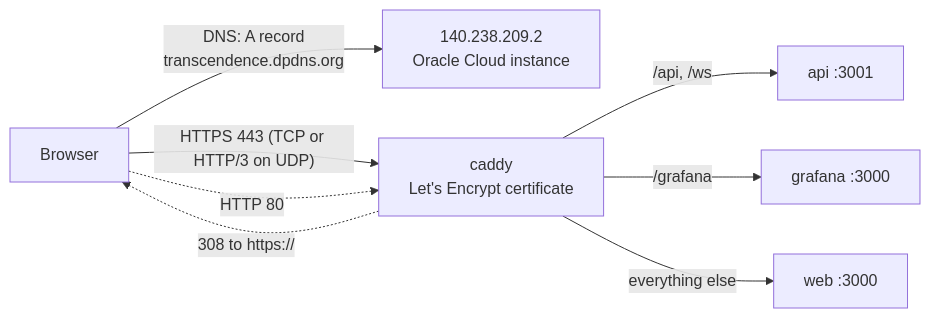
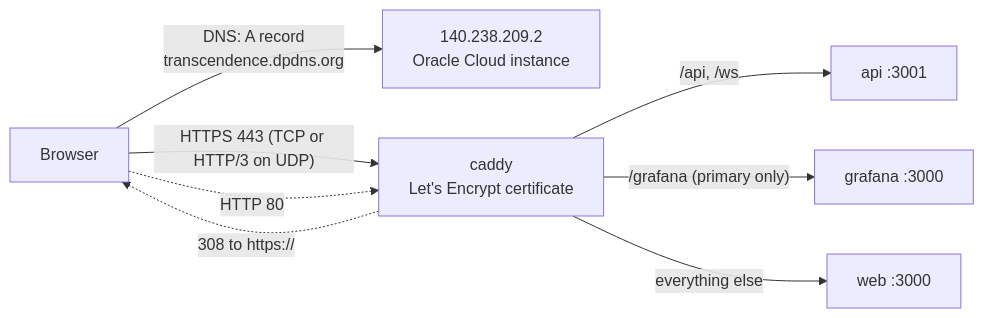
Before and after one commit to VictorBro/ft_transcendence: the diagram in docs/modules/custom-cloud-deploy.md, drawn with Mermaid. The commit also changed other lines of this file and 223 other files, not shown here.

````diff
--- a/docs/modules/custom-cloud-deploy.md
+++ b/docs/modules/custom-cloud-deploy.md
@@ -81,10 +87,10 @@
 ```mermaid
 flowchart LR
     B[Browser] -- "DNS: A record\ntranscendence.dpdns.org" --> IP["140.238.209.2\nOracle Cloud instance"]
     B -- "HTTPS 443 (TCP or HTTP/3 on UDP)" --> C["caddy\nLet's Encrypt certificate"]
     B -. "HTTP 80" .-> C
     C -. "308 to https://" .-> B
     C -- "/api, /ws" --> A["api :3001"]
-    C -- "/grafana" --> G["grafana :3000"]
+    C -- "/grafana (primary only)" --> G["grafana :3000"]
     C -- "everything else" --> W["web :3000"]
 ```
````
